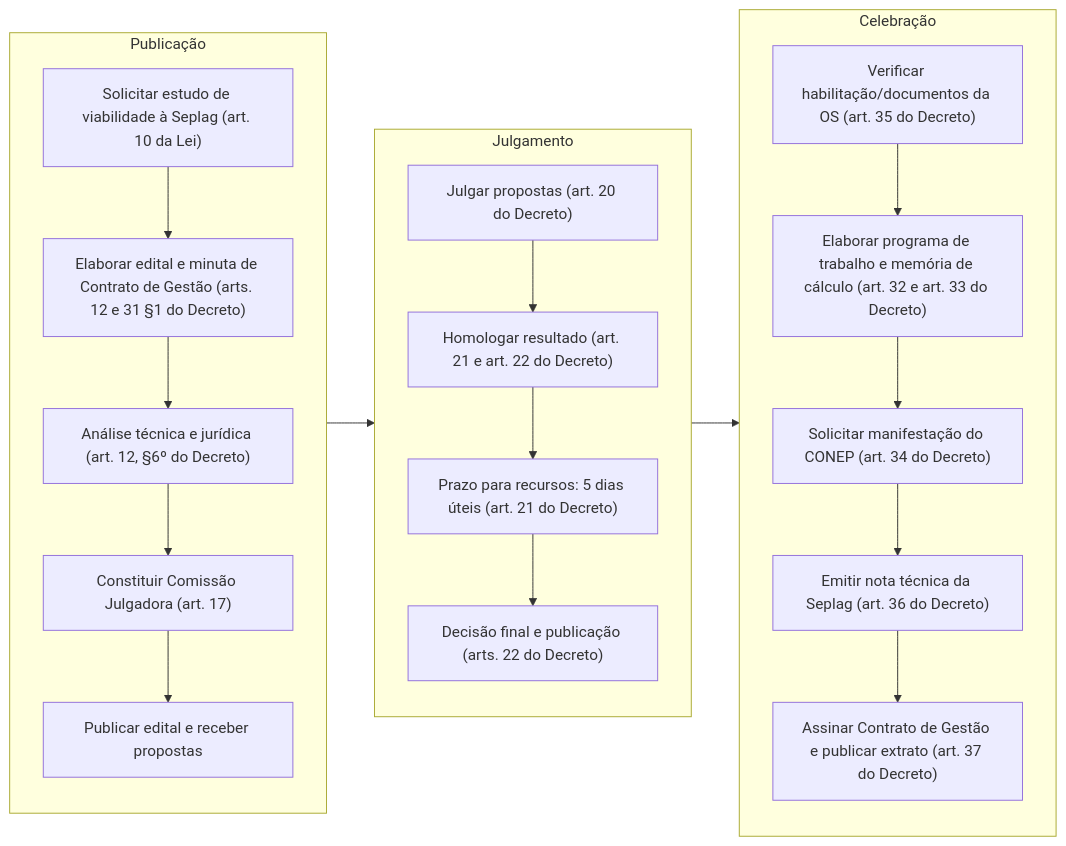
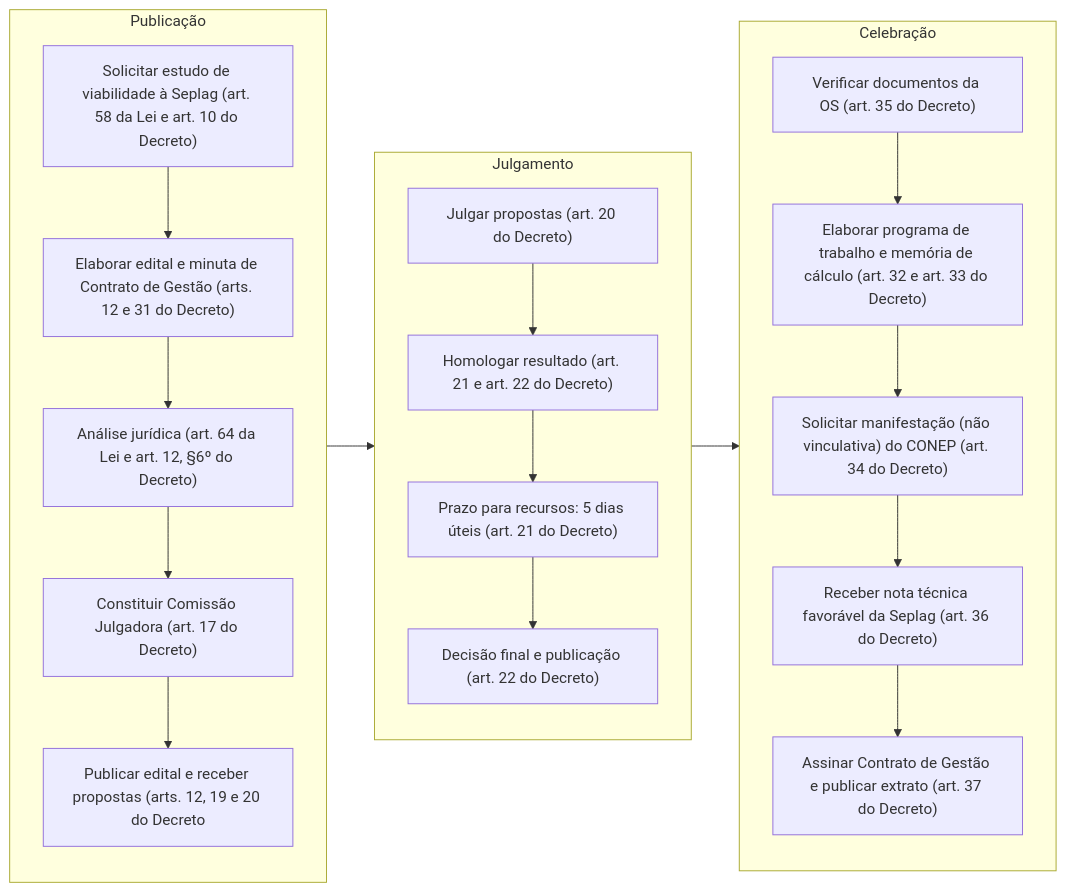
The first of 3 diagrams in paginas/marcos_regulatorios/descentralizacao/OS/README.md (iepha-mg/manual.appi), drawn with Mermaid before and after one commit. The commit also changed other lines of this file, not shown here.

```diff
--- a/paginas/marcos_regulatorios/descentralizacao/OS/README.md
+++ b/paginas/marcos_regulatorios/descentralizacao/OS/README.md
@@ -52,27 +52,27 @@
 <div class="mermaid">
 flowchart LR
     subgraph Publicação
-        A1["Solicitar estudo de viabilidade à Seplag (art. 10 da Lei)"]
-        A2["Elaborar edital e minuta de Contrato de Gestão (arts. 12 e 31 §1 do Decreto)"]
-        A3["Análise técnica e jurídica (art. 12, §6º do Decreto)"]
-        A4["Constituir Comissão Julgadora (art. 17)"]
-        A5["Publicar edital e receber propostas"]
+        A1["Solicitar estudo de viabilidade à Seplag (art. 58 da Lei e art. 10 do Decreto)"]
+        A2["Elaborar edital e minuta de Contrato de Gestão (arts. 12 e 31 do Decreto)"]
+        A3["Análise jurídica (art. 64 da Lei e art. 12, §6º do Decreto)"]
+        A4["Constituir Comissão Julgadora (art. 17 do Decreto)"]
+        A5["Publicar edital e receber propostas (arts. 12, 19 e 20 do Decreto"]
         A1 --> A2 --> A3 --> A4 --> A5
     end
     subgraph Julgamento
         B1["Julgar propostas (art. 20 do Decreto)"]
         B2["Homologar resultado (art. 21 e art. 22 do Decreto)"]
         B3["Prazo para recursos: 5 dias úteis (art. 21 do Decreto)"]
-        B4["Decisão final e publicação (arts. 22 do Decreto)"]
+        B4["Decisão final e publicação (art. 22 do Decreto)"]
         B1 --> B2 --> B3 --> B4
     end
     subgraph Celebração
-        C1["Verificar habilitação/documentos da OS (art. 35 do Decreto)"]
+        C1["Verificar documentos da OS (art. 35 do Decreto)"]
         C2["Elaborar programa de trabalho e memória de cálculo (art. 32 e art. 33 do Decreto)"]
-        C3["Solicitar manifestação do CONEP (art. 34 do Decreto)"]
-        C4["Emitir nota técnica da Seplag (art. 36 do Decreto)"]
+        C3["Solicitar manifestação (não vinculativa) do CONEP (art. 34 do Decreto)"]
+        C4["Receber nota técnica favorável da Seplag (art. 36 do Decreto)"]
         C5["Assinar Contrato de Gestão e publicar extrato (art. 37 do Decreto)"]
         C1 --> C2 --> C3 --> C4 --> C5
     end
     Publicação --> Julgamento --> Celebração
 </div>
```
